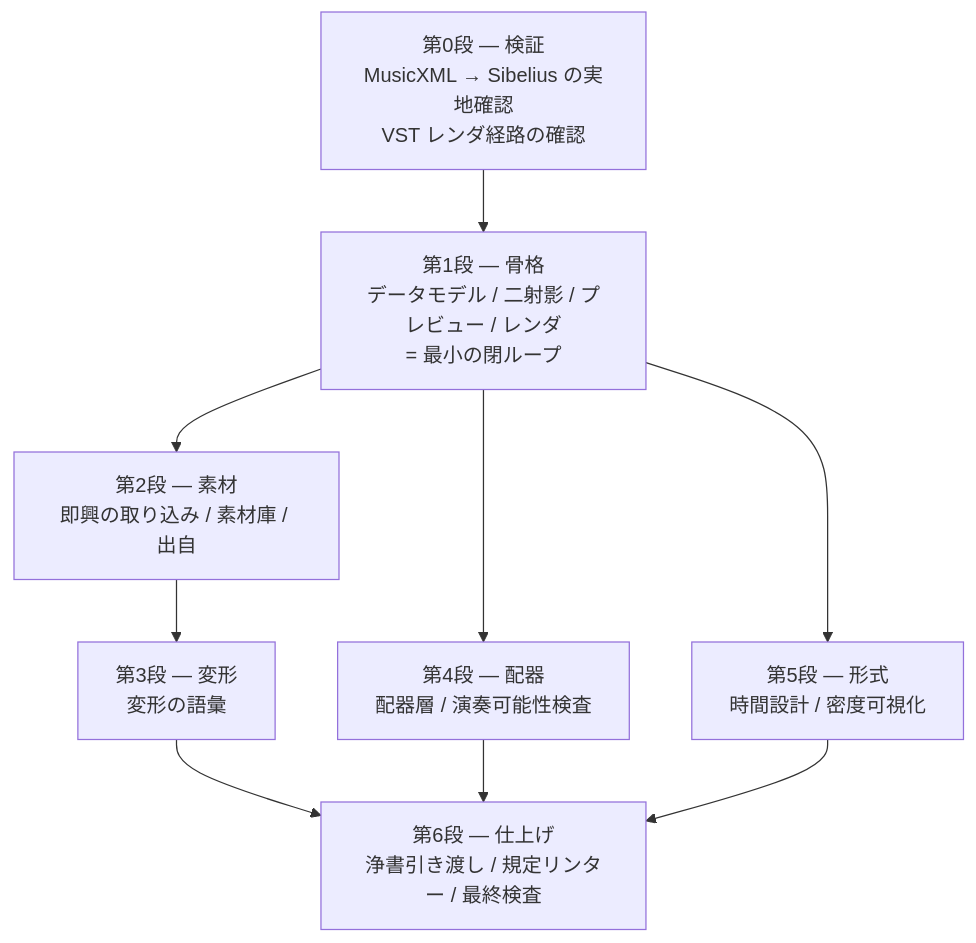
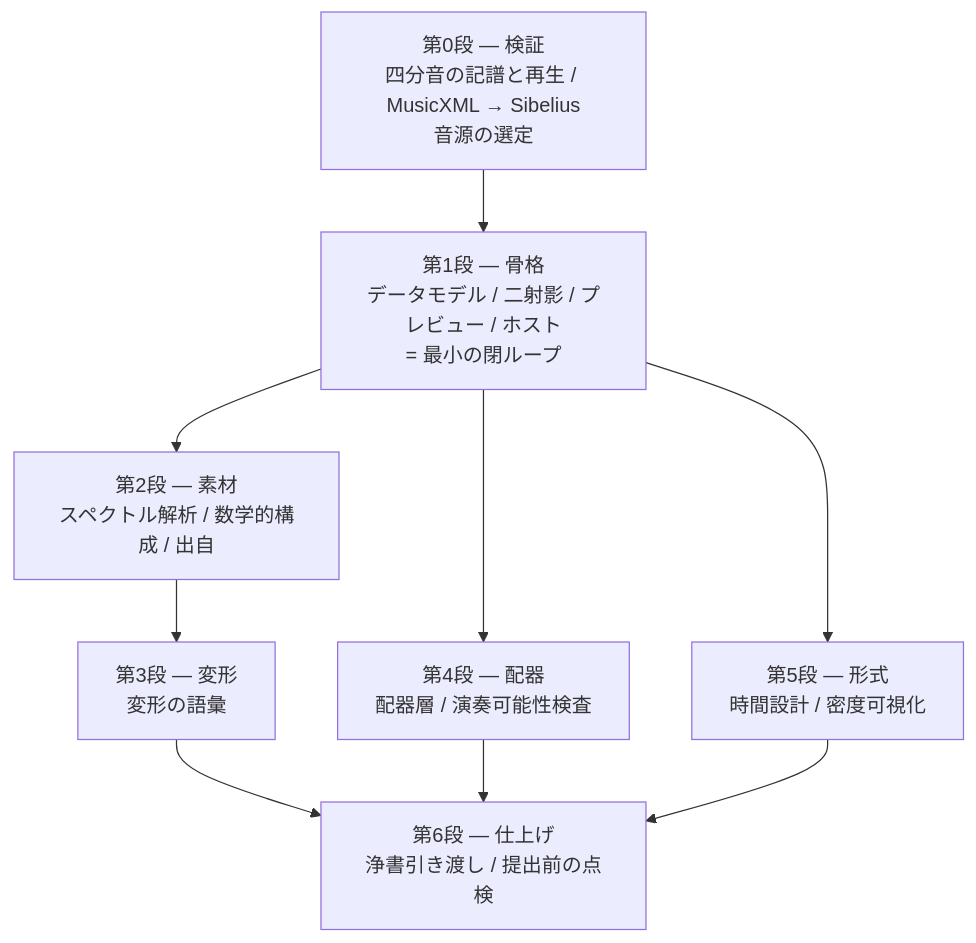
The sixth of 6 diagrams in docs/proposal.md (yuichkun/takemitsu-2027-composition-system), drawn with Mermaid before and after one commit. The commit also changed other lines of this file and 11 other files, not shown here.

````diff
--- a/docs/proposal.md
+++ b/docs/proposal.md
@@ -679,16 +716,16 @@
 ```mermaid
 flowchart TD
-    p0["第0段 — 検証<br/>MusicXML → Sibelius の実地確認<br/>VST レンダ経路の確認"]
-    p1["第1段 — 骨格<br/>データモデル / 二射影 / プレビュー / レンダ<br/>= 最小の閉ループ"]
-    p2["第2段 — 素材<br/>即興の取り込み / 素材庫 / 出自"]
+    p0["第0段 — 検証<br/>四分音の記譜と再生 / MusicXML → Sibelius<br/>音源の選定"]
+    p1["第1段 — 骨格<br/>データモデル / 二射影 / プレビュー / ホスト<br/>= 最小の閉ループ"]
+    p2["第2段 — 素材<br/>スペクトル解析 / 数学的構成 / 出自"]
     p3["第3段 — 変形<br/>変形の語彙"]
     p4["第4段 — 配器<br/>配器層 / 演奏可能性検査"]
     p5["第5段 — 形式<br/>時間設計 / 密度可視化"]
-    p6["第6段 — 仕上げ<br/>浄書引き渡し / 規定リンター / 最終検査"]
+    p6["第6段 — 仕上げ<br/>浄書引き渡し / 提出前の点検"]
     p0 --> p1 --> p2 --> p3
     p1 --> p4
     p1 --> p5
     p3 --> p6
     p4 --> p6
     p5 --> p6
 ```
````
